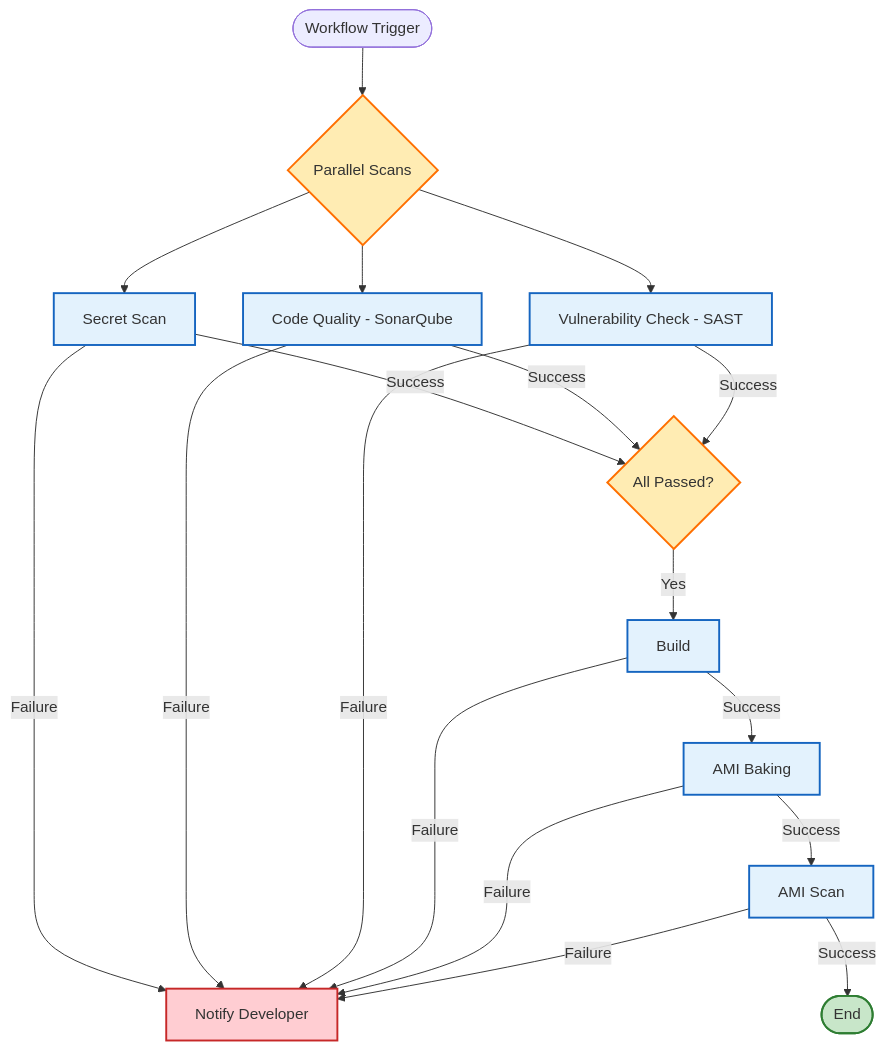
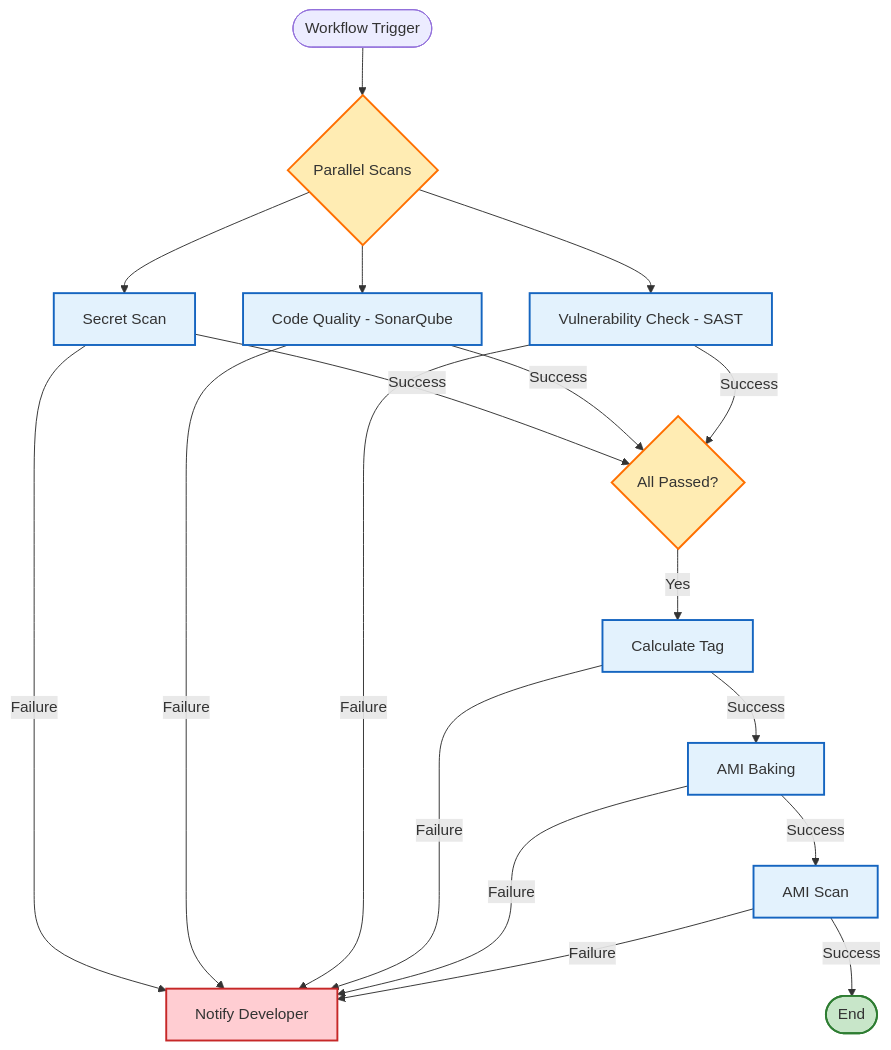
Before and after one commit to BakeFoundry/bk-python-workflow: the diagram in README.md, drawn with Mermaid. The commit also changed other lines of this file and 2 other files, not shown here.

First line of the commit message:
feat: add calculate-tag job to all-ci workflow and update README

````diff
--- a/README.md
+++ b/README.md
@@ -31,38 +33,38 @@
 ```mermaid
 graph TD
     Start([Workflow Trigger]) --> Parallel{Parallel Scans}
 
     Parallel --> SS[Secret Scan]
     Parallel --> CQ[Code Quality - SonarQube]
     Parallel --> SAST[Vulnerability Check - SAST]
 
     SS -->|Failure| Notify[Notify Developer]
     CQ -->|Failure| Notify
     SAST -->|Failure| Notify
 
     SS -->|Success| Join{All Passed?}
     CQ -->|Success| Join
     SAST -->|Success| Join
 
-    Join -->|Yes| Build[Build]
+    Join -->|Yes| CT[Calculate Tag]
 
-    Build -->|Failure| Notify
-    Build -->|Success| AMI[AMI Baking]
+    CT -->|Failure| Notify
+    CT -->|Success| AMI[AMI Baking]
 
     AMI -->|Failure| Notify
     AMI -->|Success| AS[AMI Scan]
 
     AS -->|Failure| Notify
     AS -->|Success| End([End])
 
     %% Styling
     classDef condition fill:#ffecb3,stroke:#ff6f00,stroke-width:2px;
     classDef success fill:#c8e6c9,stroke:#2e7d32,stroke-width:2px;
     classDef failure fill:#ffcdd2,stroke:#c62828,stroke-width:2px;
     classDef standard fill:#e3f2fd,stroke:#1565c0,stroke-width:2px;
 
     class Parallel,Join condition;
-    class SS,CQ,SAST,Build,AMI,AS standard;
+    class SS,CQ,SAST,CT,AMI,AS standard;
     class Notify failure;
     class End success;
 ```
````
